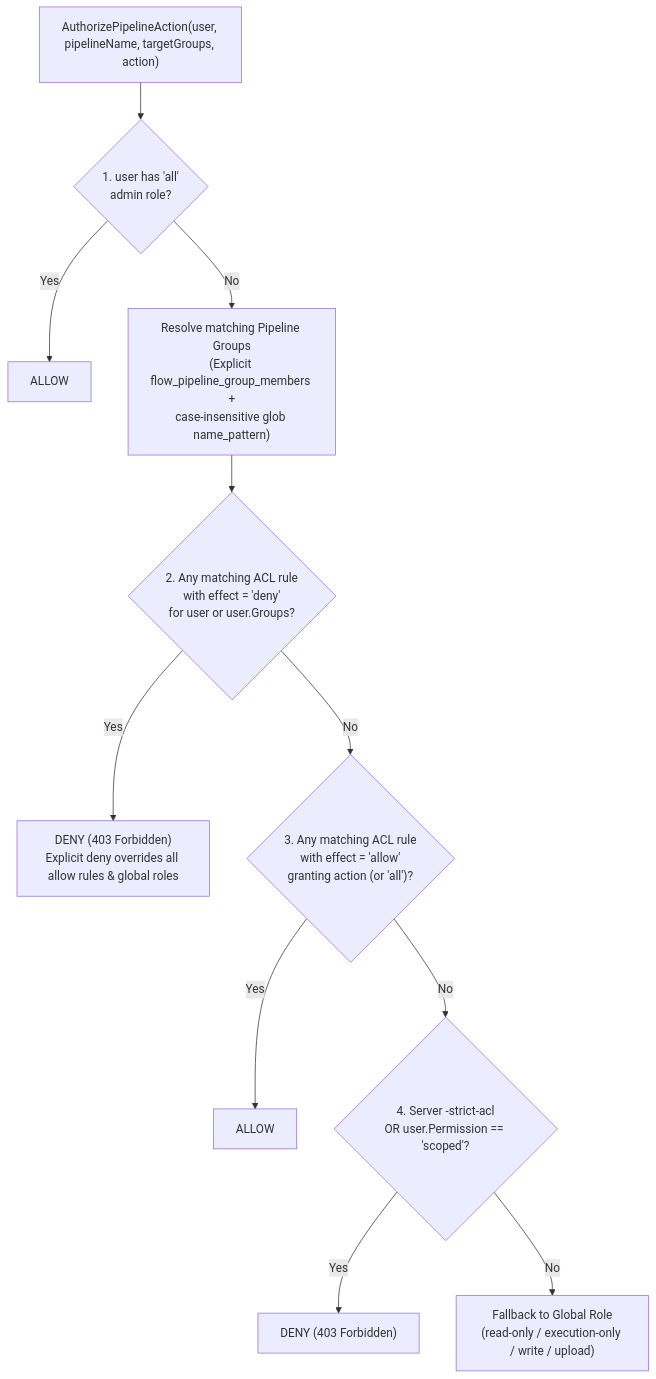
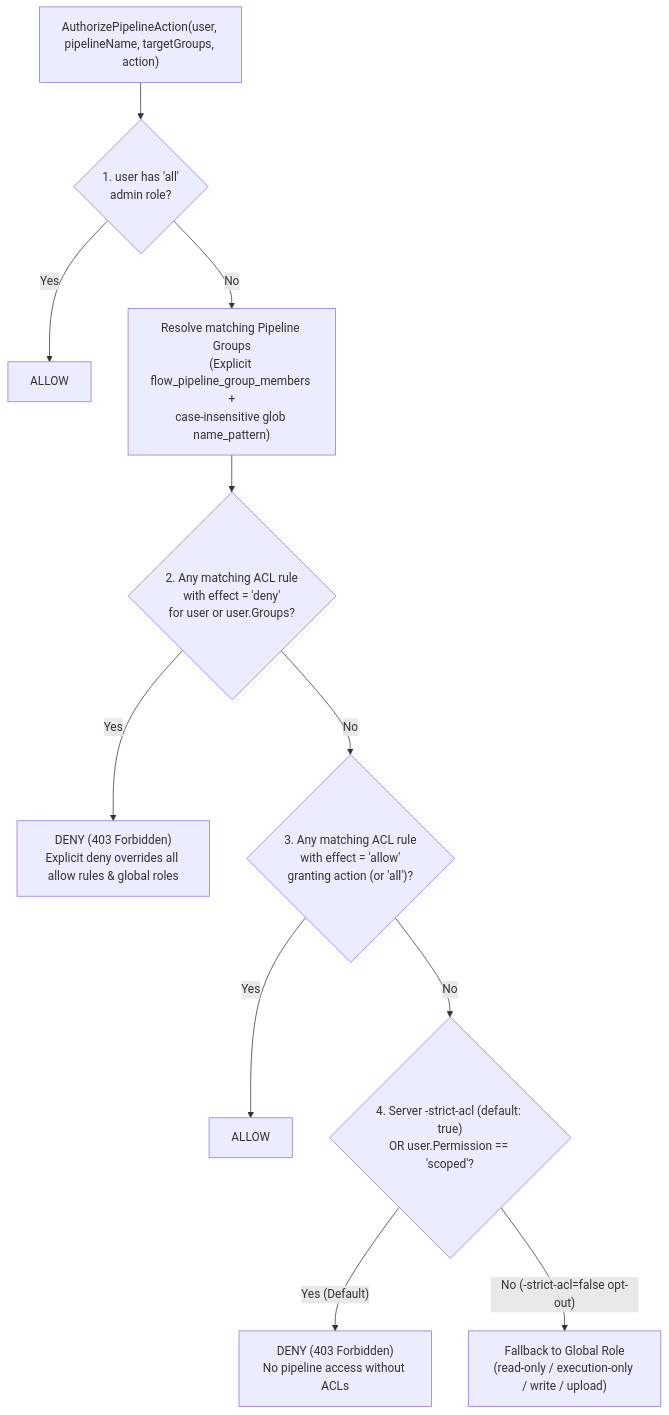
The sixth of 6 diagrams in docs/API_ENDPOINTS_REFERENCE.md (etl-madness/go-flowAPI), drawn with Mermaid before and after one commit. The commit also changed other lines of this file and 16 other files, not shown here.

````diff
--- a/docs/API_ENDPOINTS_REFERENCE.md
+++ b/docs/API_ENDPOINTS_REFERENCE.md
@@ -578,16 +578,16 @@
 ```mermaid
 flowchart TD
     START["AuthorizePipelineAction(user, pipelineName, targetGroups, action)"] --> IS_ADMIN{"1. user has 'all'<br/>admin role?"}
     IS_ADMIN -->|"Yes"| ALLOW_ADMIN["ALLOW"]
     IS_ADMIN -->|"No"| RESOLVE_PG["Resolve matching Pipeline Groups<br/>(Explicit flow_pipeline_group_members +<br/>case-insensitive glob name_pattern)"]
 
     RESOLVE_PG --> CHECK_DENY{"2. Any matching ACL rule<br/>with effect = 'deny'<br/>for user or user.Groups?"}
     CHECK_DENY -->|"Yes"| DENY_ACL["DENY (403 Forbidden)<br/>Explicit deny overrides all allow rules &amp; global roles"]
 
     CHECK_DENY -->|"No"| CHECK_ALLOW{"3. Any matching ACL rule<br/>with effect = 'allow'<br/>granting action (or 'all')?"}
     CHECK_ALLOW -->|"Yes"| ALLOW_ACL["ALLOW"]
 
-    CHECK_ALLOW -->|"No"| STRICT{"4. Server -strict-acl<br/>OR user.Permission == 'scoped'?"}
-    STRICT -->|"Yes"| DENY_STRICT["DENY (403 Forbidden)"]
-    STRICT -->|"No"| GLOBAL["Fallback to Global Role<br/>(read-only / execution-only / write / upload)"]
+    CHECK_ALLOW -->|"No"| STRICT{"4. Server -strict-acl (default: true)<br/>OR user.Permission == 'scoped'?"}
+    STRICT -->|"Yes (Default)"| DENY_STRICT["DENY (403 Forbidden)<br/>No pipeline access without ACLs"]
+    STRICT -->|"No (-strict-acl=false opt-out)"| GLOBAL["Fallback to Global Role<br/>(read-only / execution-only / write / upload)"]
 ```
````
